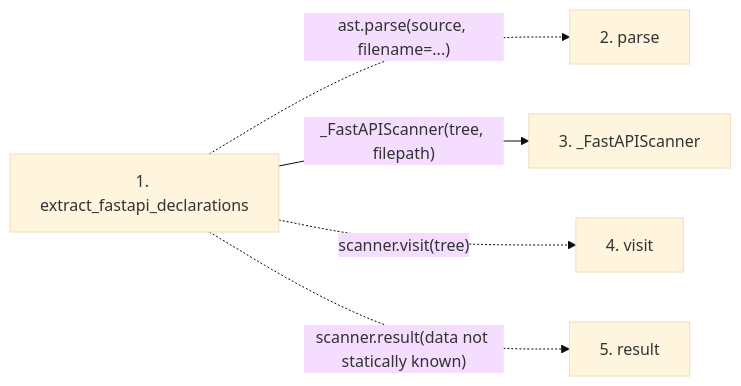
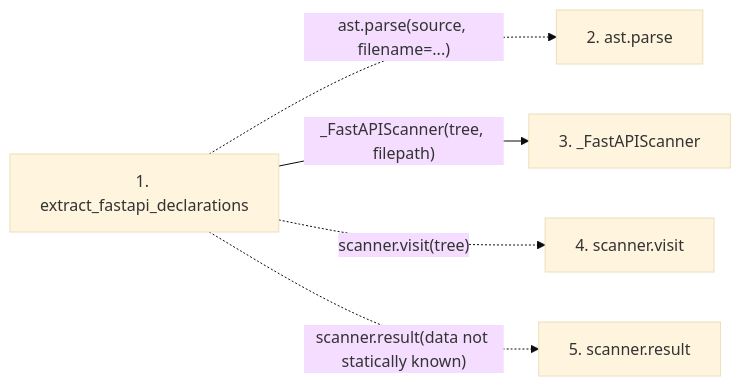
One commit to Denissvgn/python-wiki-llm changed the second of 2 diagrams in docs/llm_wiki/flows/api-extract_fastapi_declarations.md. Above: the diagram before and after it, drawn with Mermaid (base theme). The commit also changed other lines of this file and 719 other files, not shown here.

````diff
--- a/docs/llm_wiki/flows/api-extract_fastapi_declarations.md
+++ b/docs/llm_wiki/flows/api-extract_fastapi_declarations.md
@@ -26,14 +26,14 @@
 ```mermaid
 flowchart LR
     s1["1. extract_fastapi_declarations"]
-    s2["2. parse"]
+    s2["2. ast.parse"]
     s3["3. _FastAPIScanner"]
-    s4["4. visit"]
-    s5["5. result"]
+    s4["4. scanner.visit"]
+    s5["5. scanner.result"]
     s1 -. "ast.parse(source, filename=...)" .-> s2
     s1 -->|"_FastAPIScanner(tree, filepath)"| s3
     s1 -. "scanner.visit(tree)" .-> s4
     s1 -. "scanner.result(data not statically known)" .-> s5
     click s1 "../modules/fastapi_contracts.md"
     click s3 "../modules/fastapi_contracts.md"
 ```
````
